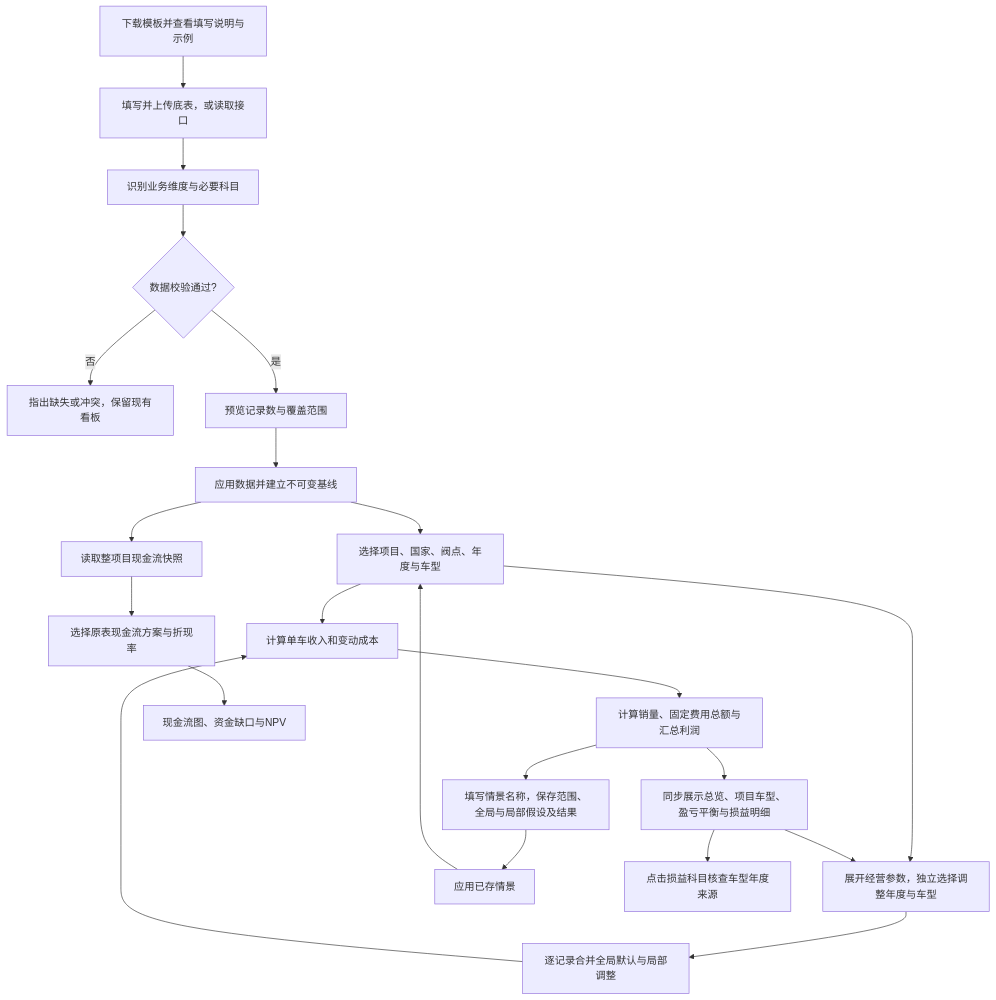
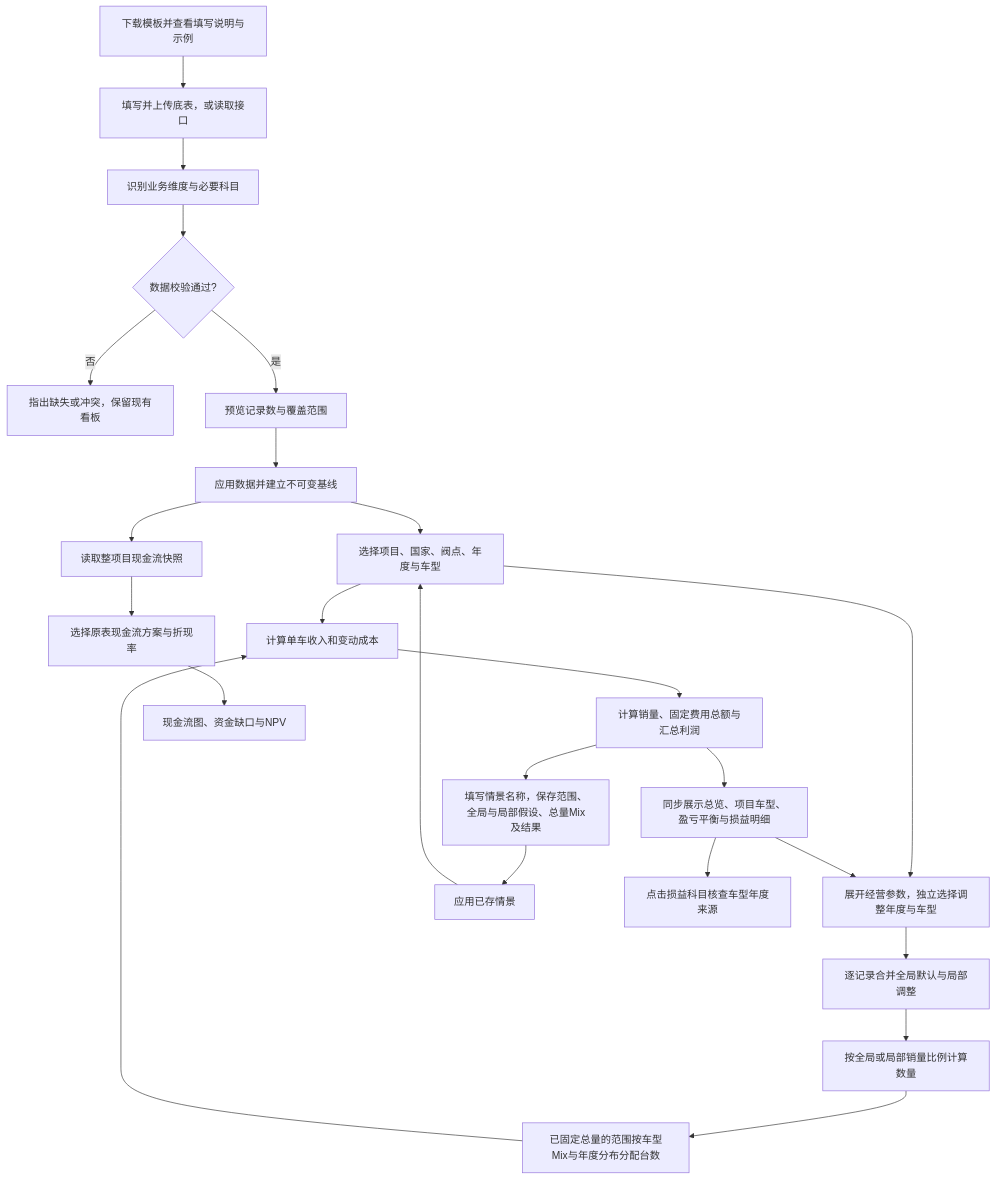
Before and after one commit to yinpengtao2002-ai/yinpengtao2002-ai.github.io: the diagram in public/checkmi/业务逻辑说明.md, drawn with Mermaid. The commit also changed other lines of this file and 9 other files, not shown here.

````diff
--- a/public/checkmi/业务逻辑说明.md
+++ b/public/checkmi/业务逻辑说明.md
@@ -43,24 +43,26 @@
 ```mermaid
 flowchart TD
  A0[下载模板并查看填写说明与示例] --> A[填写并上传底表，或读取接口]
  A --> B[识别业务维度与必要科目]
  B --> C{数据校验通过?}
  C -- 否 --> D[指出缺失或冲突，保留现有看板]
  C -- 是 --> E[预览记录数与覆盖范围]
  E --> F[应用数据并建立不可变基线]
  F --> G[选择项目、国家、阀点、年度与车型]
  G --> H
  G --> K[展开经营参数，独立选择调整年度与车型]
  K --> K2[逐记录合并全局默认与局部调整]
- K2 --> H[计算单车收入和变动成本]
+ K2 --> K3[按全局或局部销量比例计算数量]
+ K3 --> K4[已固定总量的范围按车型Mix与年度分布分配台数]
+ K4 --> H[计算单车收入和变动成本]
  H --> I[计算销量、固定费用总额与汇总利润]
  I --> J[同步展示总览、项目车型、盈亏平衡与损益明细]
  J --> K
- I --> L[填写情景名称，保存范围、全局与局部假设及结果]
+ I --> L[填写情景名称，保存范围、全局与局部假设、总量Mix及结果]
  L --> P[应用已存情景]
  P --> G
  J --> Q[点击损益科目核查车型年度来源]
  F --> M[读取整项目现金流快照]
  M --> N[选择原表现金流方案与折现率]
  N --> O[现金流图、资金缺口与NPV]
 ```
````
